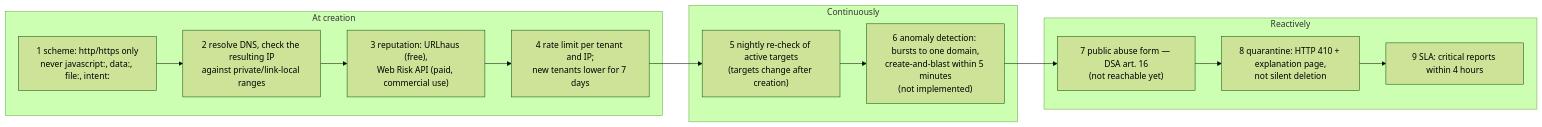
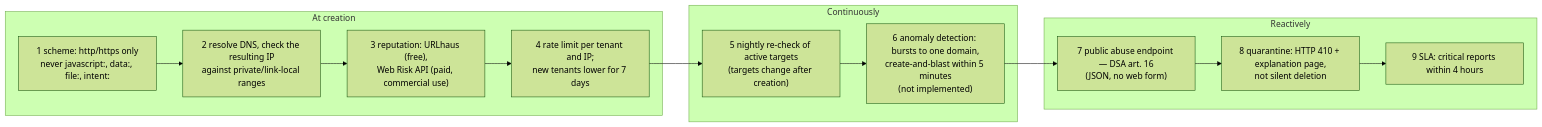
Before and after one commit to MAGORS-organisation/Deep-Links-Engine: the second of 2 diagrams in docs/compliance/security-overview.md, drawn with Mermaid (forest theme). The commit also changed other lines of this file and 362 other files, not shown here.

````diff
--- a/docs/compliance/security-overview.md
+++ b/docs/compliance/security-overview.md
@@ -66,16 +66,16 @@
 ```mermaid
 flowchart LR
   subgraph At creation
     A1["1 scheme: http/https only<br/>never javascript:, data:, file:, intent:"] --> A2["2 resolve DNS, check the resulting IP<br/>against private/link-local ranges"]
     A2 --> A3["3 reputation: URLhaus (free),<br/>Web Risk API (paid, commercial use)"]
     A3 --> A4["4 rate limit per tenant and IP;<br/>new tenants lower for 7 days"]
   end
   subgraph Continuously
     B1["5 nightly re-check of active targets<br/>(targets change after creation)"] --> B2["6 anomaly detection: bursts to one domain,<br/>create-and-blast within 5 minutes<br/>(not implemented)"]
   end
   subgraph Reactively
-    C1["7 public abuse form — DSA art. 16<br/>(not reachable yet)"] --> C2["8 quarantine: HTTP 410 + explanation page,<br/>not silent deletion"] --> C3["9 SLA: critical reports within 4 hours"]
+    C1["7 public abuse endpoint — DSA art. 16<br/>(JSON, no web form)"] --> C2["8 quarantine: HTTP 410 + explanation page,<br/>not silent deletion"] --> C3["9 SLA: critical reports within 4 hours"]
   end
   A4 --> B1
   B2 --> C1
 ```
````
